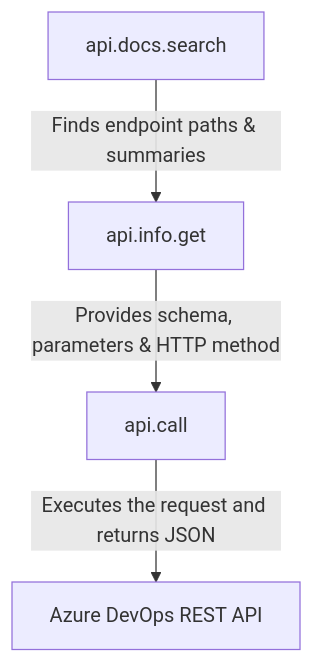
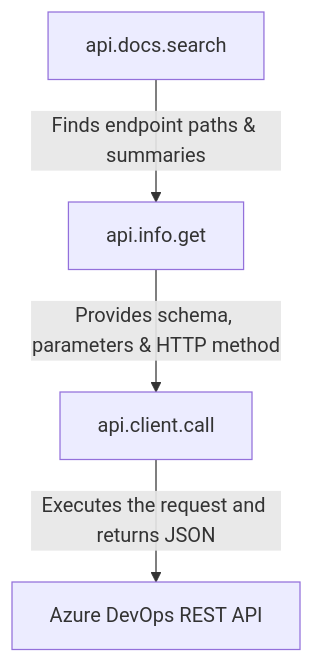
One commit to varnierg/MCP-for-AZURE-Devops changed the diagram in wiki/Generic-REST-Client.md. Above: the diagram before and after it, drawn with Mermaid. The commit also changed other lines of this file and 9 other files, not shown here.

Commit message:
Rename tools to 3-part dot-notation tree and define smithery-config-schema.json for optional config score

````diff
--- a/wiki/Generic-REST-Client.md
+++ b/wiki/Generic-REST-Client.md
@@ -16,6 +16,6 @@
 ```mermaid
 graph TD
     A[api.docs.search] -->|Finds endpoint paths & summaries| B[api.info.get]
-    B -->|Provides schema, parameters & HTTP method| C[api.call]
+    B -->|Provides schema, parameters & HTTP method| C[api.client.call]
     C -->|Executes the request and returns JSON| D[Azure DevOps REST API]
 ```
````
